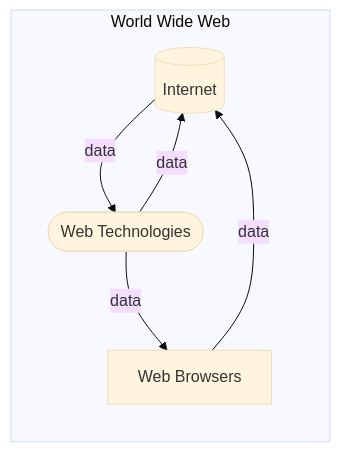
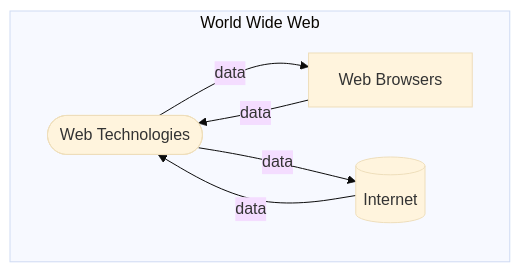
Before and after one commit to cesarsotovalero/cesarsotovalero.github.io: the first of 2 diagrams in _posts/2024/2024-01-12-the-evolution-of-the-web-from-html-to-webassembly.md, drawn with Mermaid. The commit also changed other lines of this file, not shown here.

````diff
--- a/_posts/2024/2024-01-12-the-evolution-of-the-web-from-html-to-webassembly.md
+++ b/_posts/2024/2024-01-12-the-evolution-of-the-web-from-html-to-webassembly.md
@@ -50,10 +51,10 @@
 ```mermaid
 %%{init: {'theme':'base'}}%%
-graph LR
-subgraph World Wide Web
+graph TB;
+subgraph "World Wide Web"
+  B -- data --> C[Web Browsers] 
   A[(Internet)] -- data --> B([Web Technologies])
-  B -- data --> C[Web Browsers] 
-  C -- data --> A
+  C -- data --> B
   B -- data --> A
 end
 ```
````
